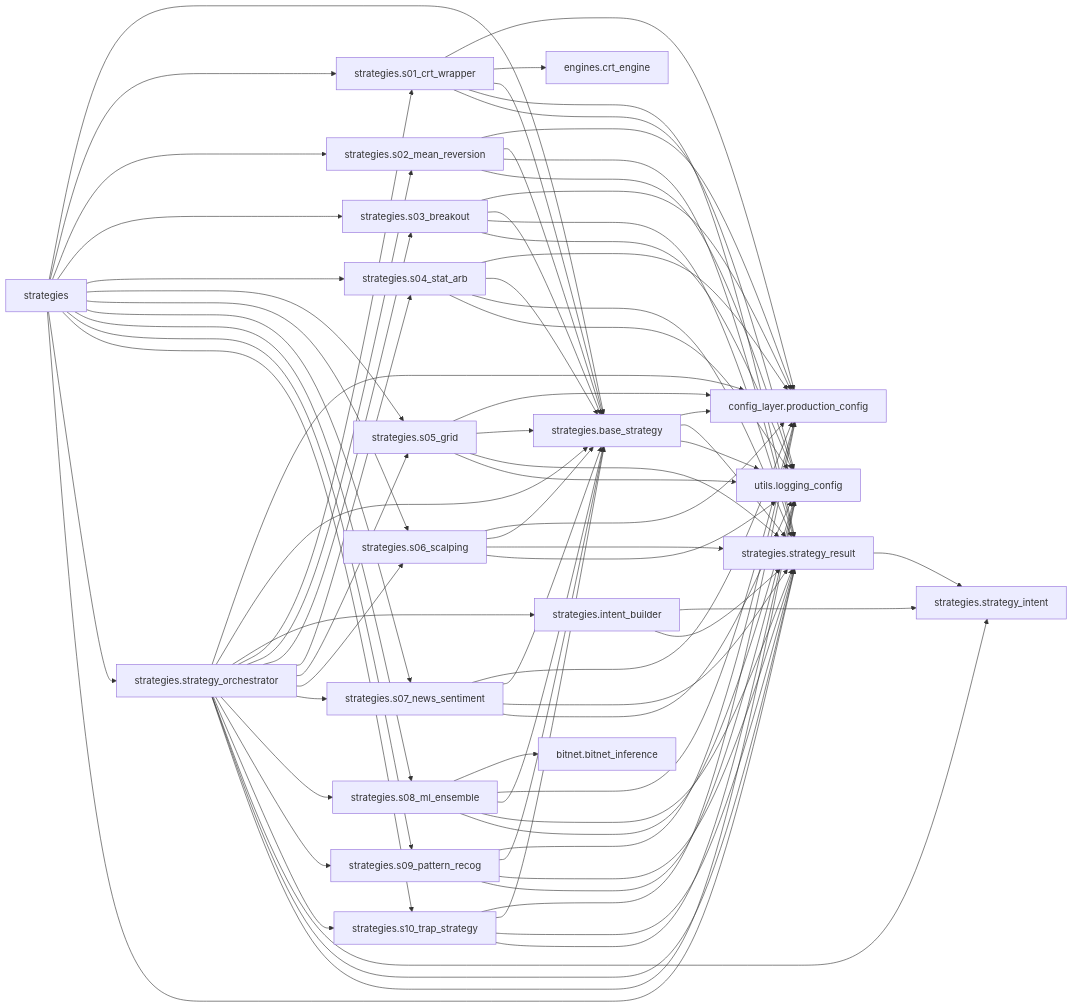
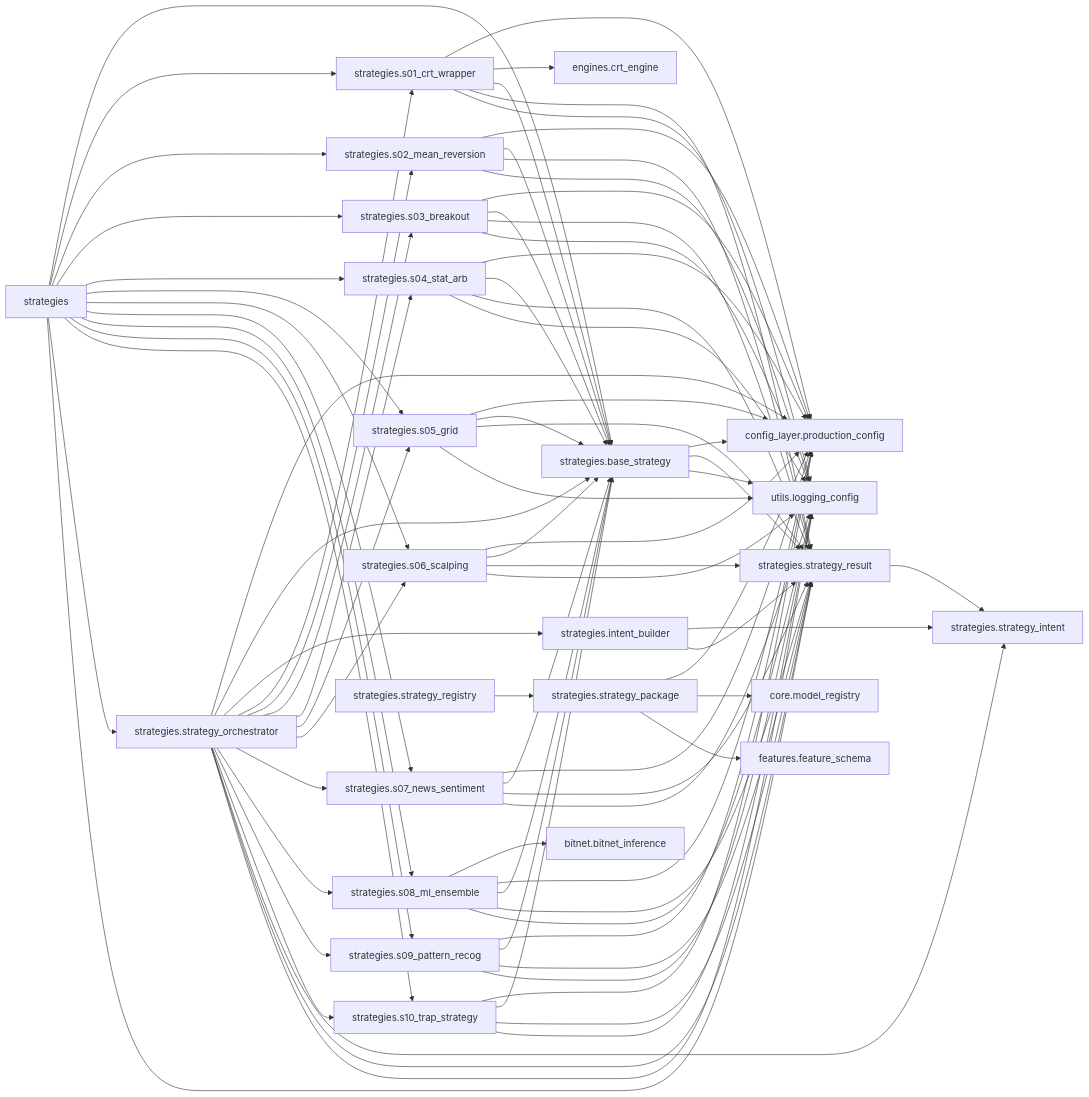
Diagram 33 of 38 in docs/architecture/code-map.generated.md (Chaithu1995-0312/TradeHlt), drawn with Mermaid before and after one commit. The commit also changed other lines of this file and 159 other files, not shown here.

````diff
--- a/docs/architecture/code-map.generated.md
+++ b/docs/architecture/code-map.generated.md
@@ -1194,10 +1957,14 @@
     strategies_s10_trap_strategy["strategies.s10_trap_strategy"]
     strategies_strategy_intent["strategies.strategy_intent"]
     strategies_strategy_orchestrator["strategies.strategy_orchestrator"]
+    strategies_strategy_package["strategies.strategy_package"]
+    strategies_strategy_registry["strategies.strategy_registry"]
     strategies_strategy_result["strategies.strategy_result"]
     bitnet_bitnet_inference["bitnet.bitnet_inference"]
     config_layer_production_config["config_layer.production_config"]
+    core_model_registry["core.model_registry"]
     engines_crt_engine["engines.crt_engine"]
+    features_feature_schema["features.feature_schema"]
     utils_logging_config["utils.logging_config"]
     strategies --> strategies_base_strategy
     strategies --> strategies_s01_crt_wrapper
@@ -1275,5 +2042,9 @@
     strategies_strategy_orchestrator --> strategies_strategy_intent
     strategies_strategy_orchestrator --> strategies_strategy_result
     strategies_strategy_orchestrator --> utils_logging_config
+    strategies_strategy_package --> config_layer_production_config
+    strategies_strategy_package --> core_model_registry
+    strategies_strategy_package --> features_feature_schema
+    strategies_strategy_registry --> strategies_strategy_package
     strategies_strategy_result --> strategies_strategy_intent
 ```
````
